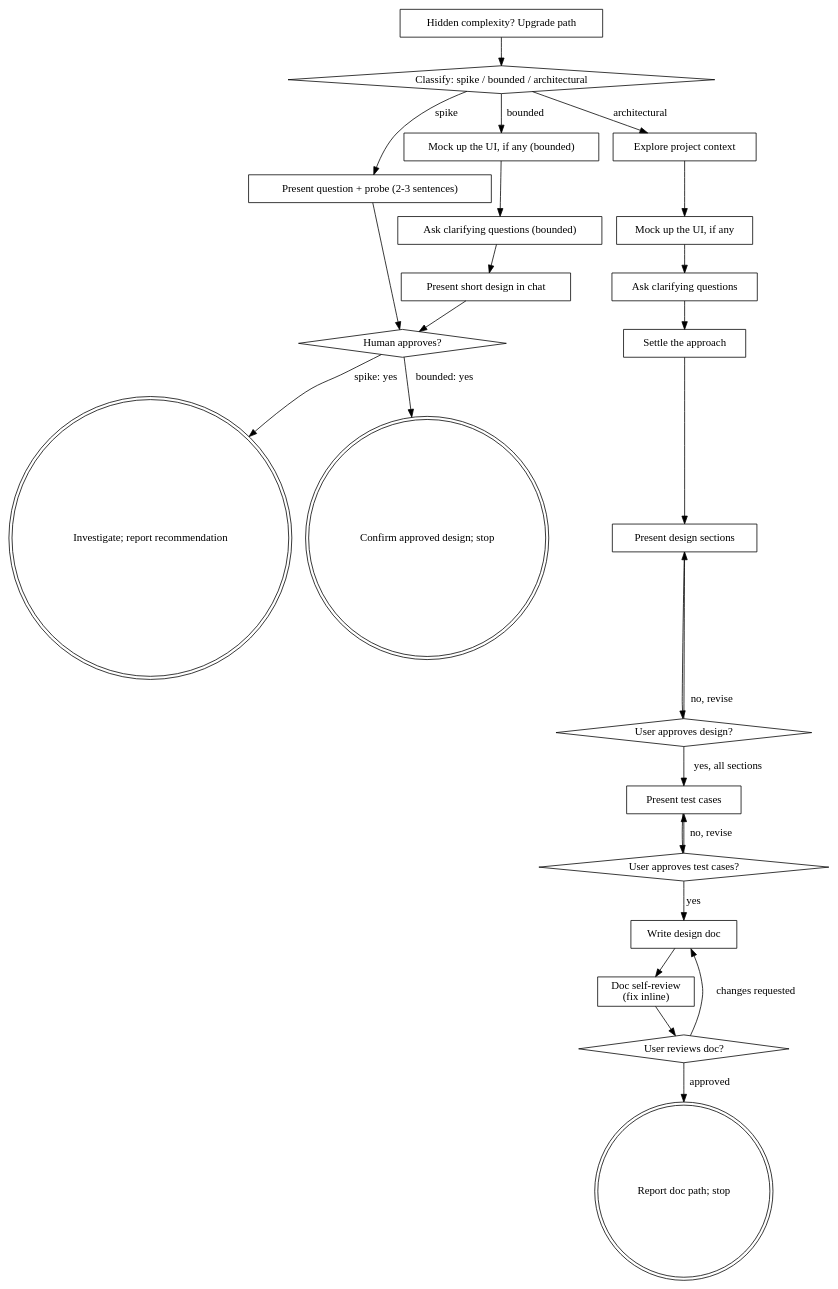
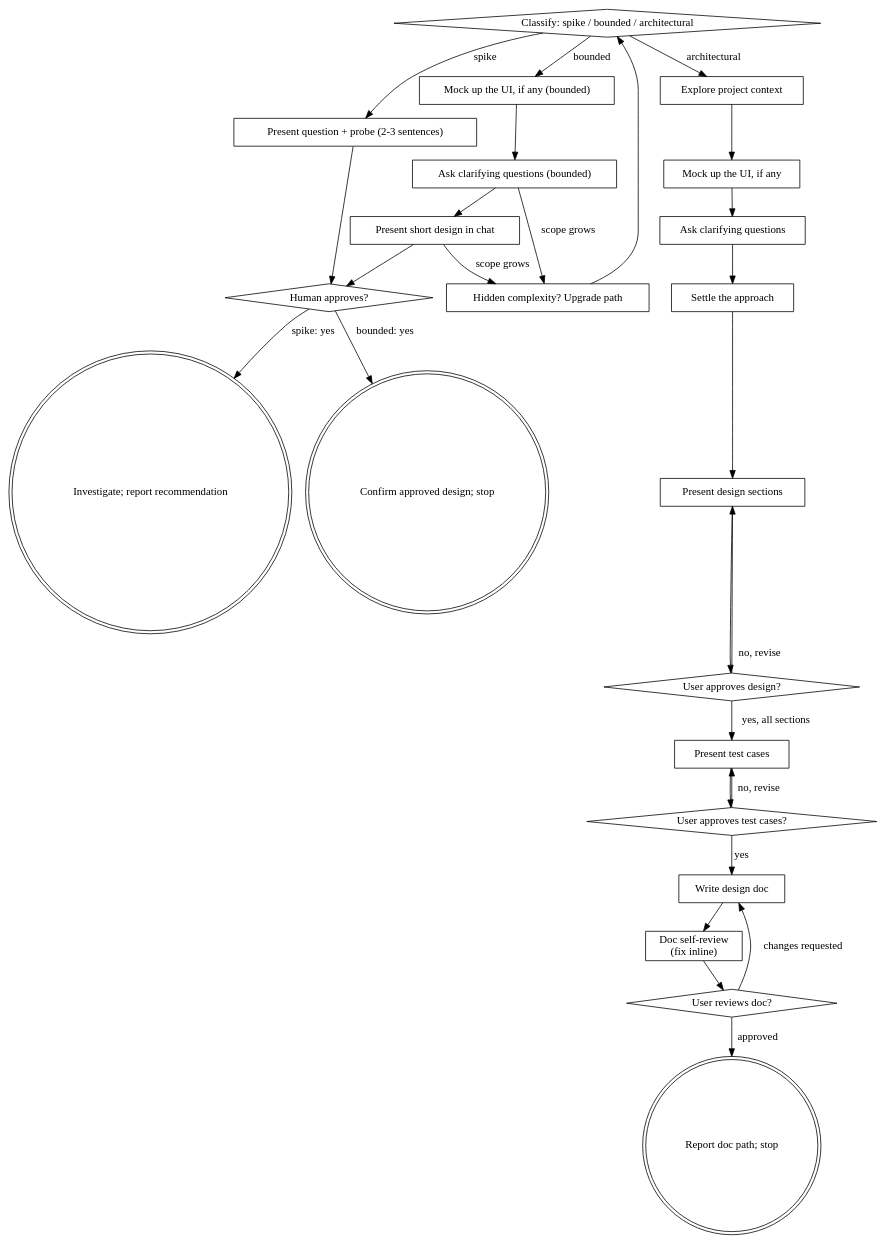
The first of 3 diagrams in skills/produce-design/SKILL.md (ruxo/rux-skills), drawn with Graphviz before and after one commit. The commit also changed other lines of this file and 7 other files, not shown here.

````diff
--- a/skills/produce-design/SKILL.md
+++ b/skills/produce-design/SKILL.md
@@ -123,50 +123,52 @@
 ```dot
 digraph produce_design {
     "Classify: spike / bounded / architectural" [shape=diamond];
     "Present question + probe (2-3 sentences)" [shape=box];
     "Mock up the UI, if any (bounded)" [shape=box];
     "Ask clarifying questions (bounded)" [shape=box];
     "Present short design in chat" [shape=box];
     "Human approves?" [shape=diamond];
     "Investigate; report recommendation" [shape=doublecircle];
     "Confirm approved design; stop" [shape=doublecircle];
     "Explore project context" [shape=box];
     "Mock up the UI, if any" [shape=box];
     "Ask clarifying questions" [shape=box];
     "Settle the approach" [shape=box];
     "Present design sections" [shape=box];
     "User approves design?" [shape=diamond];
     "Present test cases" [shape=box];
     "User approves test cases?" [shape=diamond];
     "Write design doc" [shape=box];
     "Doc self-review\n(fix inline)" [shape=box];
     "User reviews doc?" [shape=diamond];
     "Report doc path; stop" [shape=doublecircle];
     "Hidden complexity? Upgrade path" [shape=box];
 
     "Classify: spike / bounded / architectural" -> "Present question + probe (2-3 sentences)" [label="spike"];
     "Classify: spike / bounded / architectural" -> "Mock up the UI, if any (bounded)" [label="bounded"];
     "Mock up the UI, if any (bounded)" -> "Ask clarifying questions (bounded)";
     "Classify: spike / bounded / architectural" -> "Explore project context" [label="architectural"];
     "Present question + probe (2-3 sentences)" -> "Human approves?";
     "Ask clarifying questions (bounded)" -> "Present short design in chat";
     "Present short design in chat" -> "Human approves?";
     "Human approves?" -> "Investigate; report recommendation" [label="spike: yes"];
     "Human approves?" -> "Confirm approved design; stop" [label="bounded: yes"];
+    "Ask clarifying questions (bounded)" -> "Hidden complexity? Upgrade path" [label="scope grows"];
+    "Present short design in chat" -> "Hidden complexity? Upgrade path" [label="scope grows"];
     "Hidden complexity? Upgrade path" -> "Classify: spike / bounded / architectural";
     "Explore project context" -> "Mock up the UI, if any";
     "Mock up the UI, if any" -> "Ask clarifying questions";
     "Ask clarifying questions" -> "Settle the approach";
     "Settle the approach" -> "Present design sections";
     "Present design sections" -> "User approves design?";
     "User approves design?" -> "Present design sections" [label="no, revise"];
     "User approves design?" -> "Present test cases" [label="yes, all sections"];
     "Present test cases" -> "User approves test cases?";
     "User approves test cases?" -> "Present test cases" [label="no, revise"];
     "User approves test cases?" -> "Write design doc" [label="yes"];
     "Write design doc" -> "Doc self-review\n(fix inline)";
     "Doc self-review\n(fix inline)" -> "User reviews doc?";
     "User reviews doc?" -> "Write design doc" [label="changes requested"];
     "User reviews doc?" -> "Report doc path; stop" [label="approved"];
 }
 ```
````
